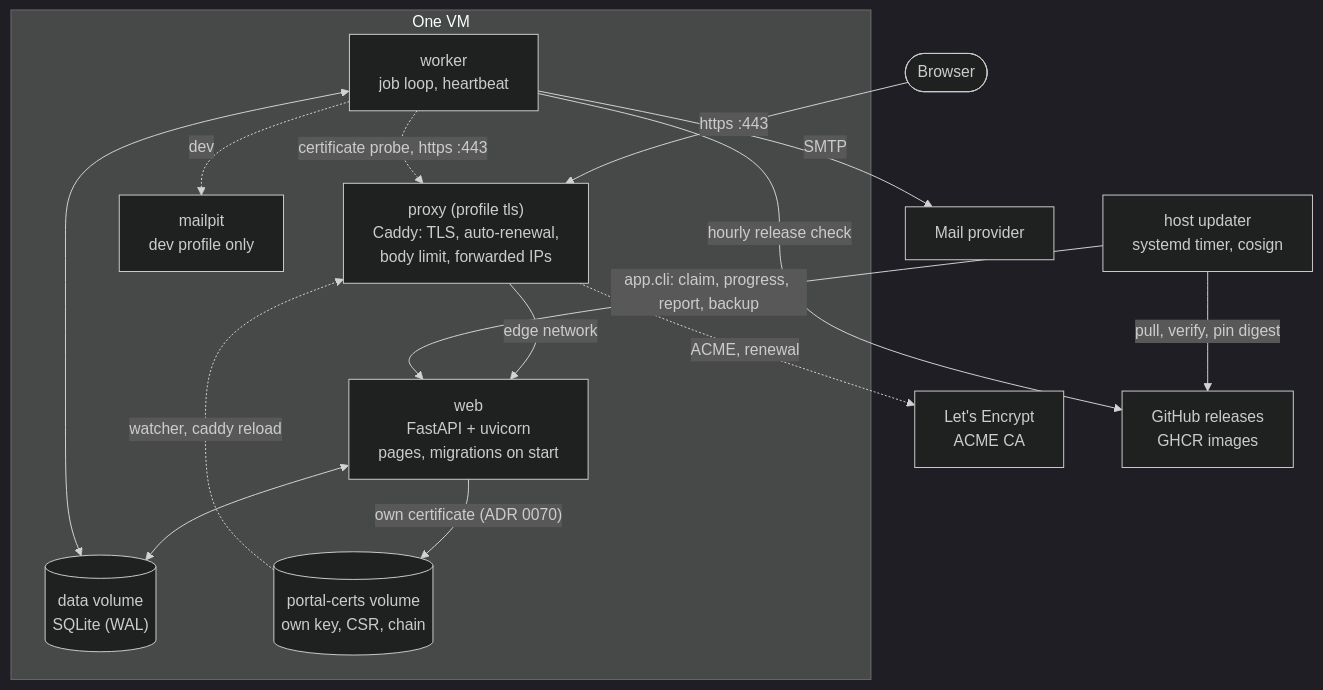
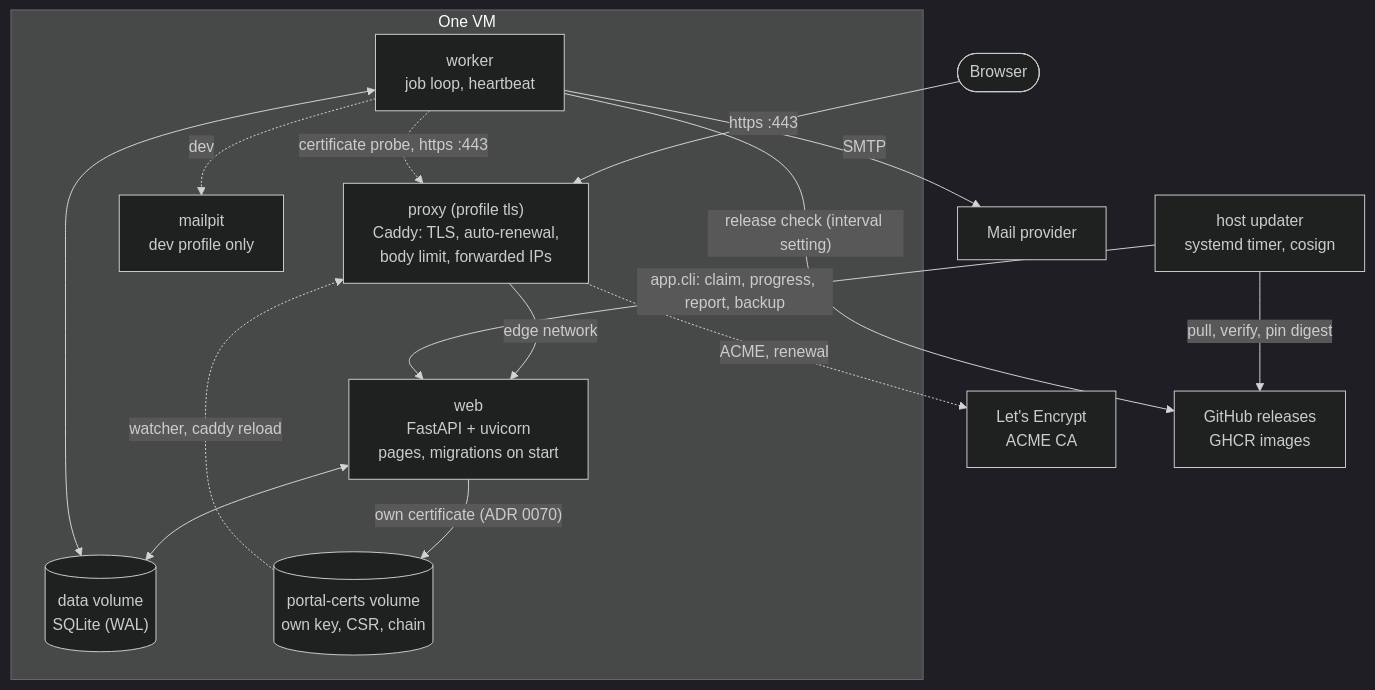
Before and after one commit to 3Corners-Labs/OpenPlanner: the second of 14 diagrams in docs/architecture.md, drawn with Mermaid (dark theme). The commit also changed other lines of this file and 25 other files, not shown here.

First line of the commit message:
feat(updates): check interval as a setting and "Check now" on the updates page (ADR 0067 point 7)

````diff
--- a/docs/architecture.md
+++ b/docs/architecture.md
@@ -86,31 +86,31 @@
 ```mermaid
 flowchart TB
     browser([Browser])
     acme[Let's Encrypt<br/>ACME CA]
 
     subgraph host [One VM]
         proxy["proxy (profile tls)<br/>Caddy: TLS, auto-renewal,<br/>body limit, forwarded IPs"]
         web["web<br/>FastAPI + uvicorn<br/>pages, migrations on start"]
         worker["worker<br/>job loop, heartbeat"]
         volume[("data volume<br/>SQLite (WAL)")]
         certs[("portal-certs volume<br/>own key, CSR, chain")]
         mailpit["mailpit<br/>dev profile only"]
     end
 
     smtp[Mail provider]
     github[GitHub releases<br/>GHCR images]
     updater["host updater<br/>systemd timer, cosign"]
 
     browser -- "https :443" --> proxy -- edge network --> web
     proxy -. "ACME, renewal" .-> acme
     web <--> volume
     worker <--> volume
     worker -- SMTP --> smtp
-    worker -- hourly release check --> github
+    worker -- release check (interval setting) --> github
     worker -. "certificate probe, https :443" .-> proxy
     web -- "own certificate (ADR 0070)" --> certs -. "watcher, caddy reload" .-> proxy
     updater -- "app.cli: claim, progress, report, backup" --> web
     updater -- "pull, verify, pin digest" --> github
     worker -. dev .-> mailpit
 
 ```
````
